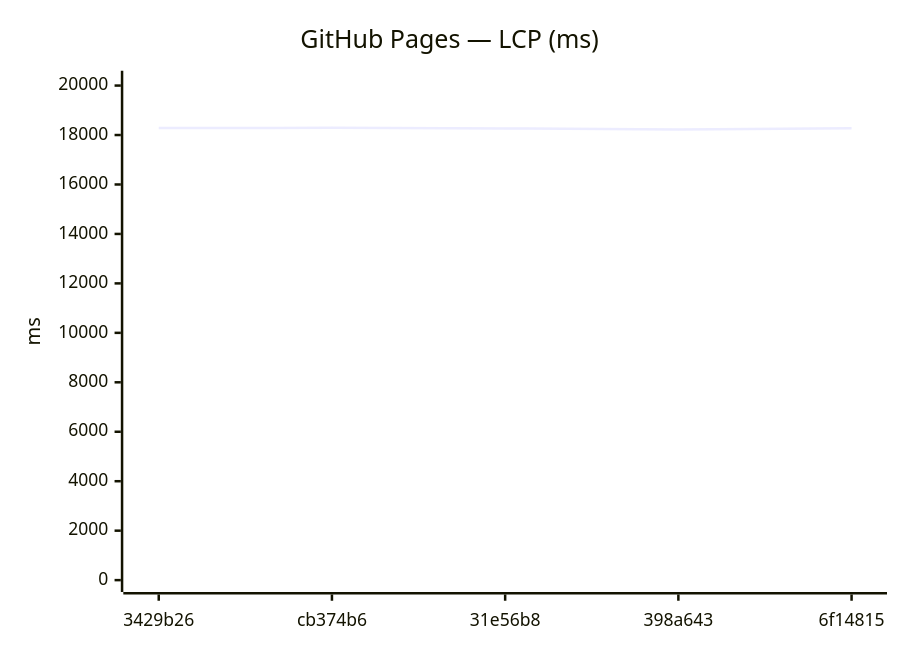
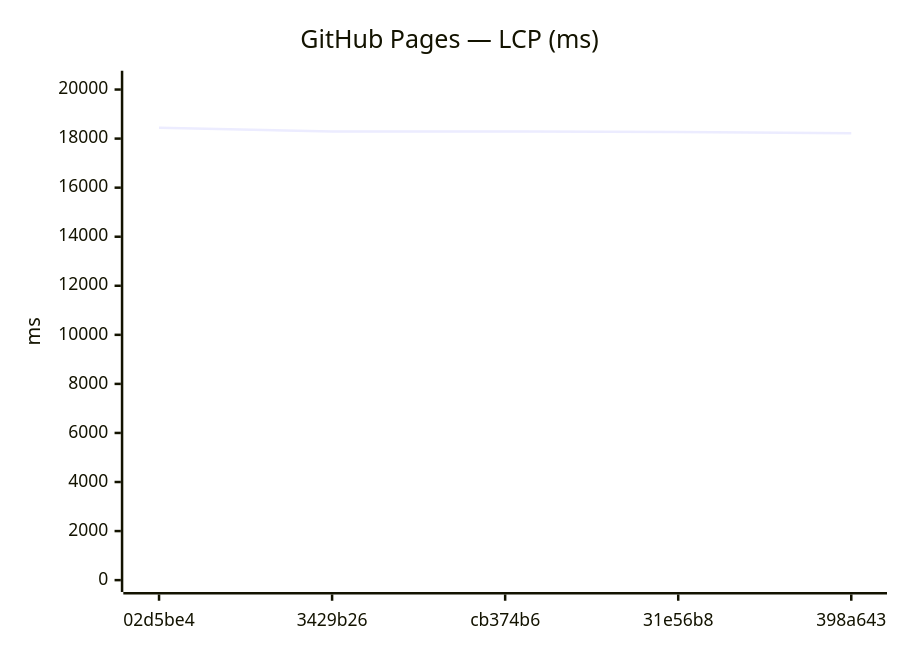
The ninth of 18 diagrams in benchmarks/compare.md (Metaheurist/Rianell), drawn with Mermaid before and after one commit. The commit also changed other lines of this file and 11 other files, not shown here.

````diff
--- a/benchmarks/compare.md
+++ b/benchmarks/compare.md
@@ -142,7 +142,7 @@
 ```mermaid
 xychart-beta
     title "GitHub Pages — LCP (ms)"
-    x-axis ["3429b26", "cb374b6", "31e56b8", "398a643", "6f14815"]
-    y-axis "ms" 0 --> 20119
-    line [18287, 18290, 18265, 18222, 18275]
+    x-axis ["02d5be4", "3429b26", "cb374b6", "31e56b8", "398a643"]
+    y-axis "ms" 0 --> 20282
+    line [18438, 18287, 18290, 18265, 18222]
 ```
````
